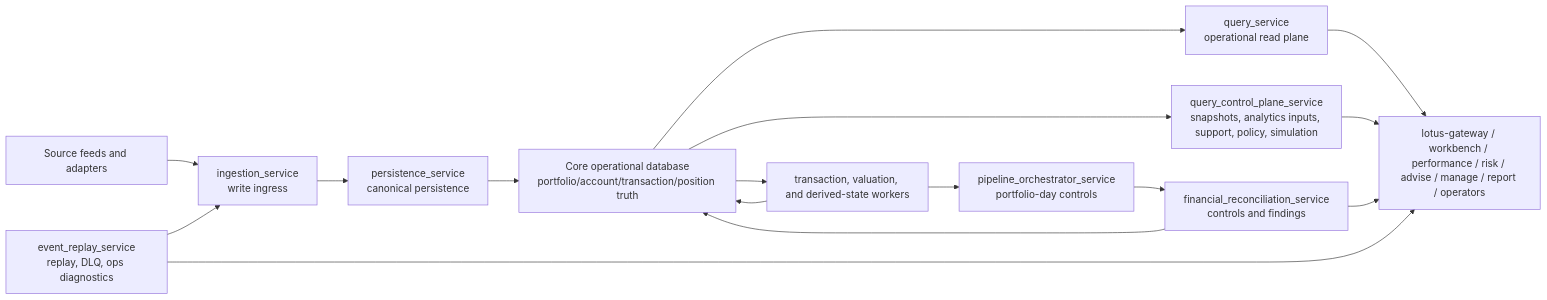
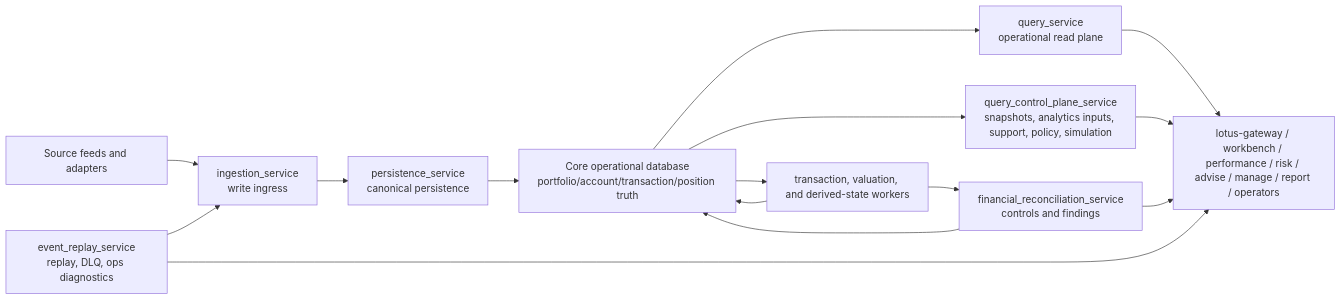
Before and after one commit to sgajbi/lotus-core: the first of 3 diagrams in docs/architecture/current-state-architecture-map.md, drawn with Mermaid. The commit also changed other lines of this file and 17 other files, not shown here.

Commit message:
docs(architecture): record pipeline runtime retirement

````diff
--- a/docs/architecture/current-state-architecture-map.md
+++ b/docs/architecture/current-state-architecture-map.md
@@ -32,30 +32,28 @@
 ```mermaid
 flowchart LR
     SourceFeeds["Source feeds and adapters"]
     Ingestion["ingestion_service<br/>write ingress"]
     Persistence["persistence_service<br/>canonical persistence"]
     Store["Core operational database<br/>portfolio/account/transaction/position truth"]
-    Pipeline["pipeline_orchestrator_service<br/>portfolio-day controls"]
     Calculators["transaction, valuation, and derived-state workers"]
     Reconciliation["financial_reconciliation_service<br/>controls and findings"]
     Replay["event_replay_service<br/>replay, DLQ, ops diagnostics"]
     Query["query_service<br/>operational read plane"]
     Qcp["query_control_plane_service<br/>snapshots, analytics inputs, support, policy, simulation"]
     Consumers["lotus-gateway / workbench / performance / risk / advise / manage / report / operators"]
 
     SourceFeeds --> Ingestion
     Ingestion --> Persistence
     Persistence --> Store
     Store --> Calculators
     Calculators --> Store
-    Calculators --> Pipeline
-    Pipeline --> Reconciliation
+    Calculators --> Reconciliation
     Reconciliation --> Store
     Store --> Query
     Store --> Qcp
     Replay --> Ingestion
     Query --> Consumers
     Qcp --> Consumers
     Reconciliation --> Consumers
     Replay --> Consumers
 ```
````
